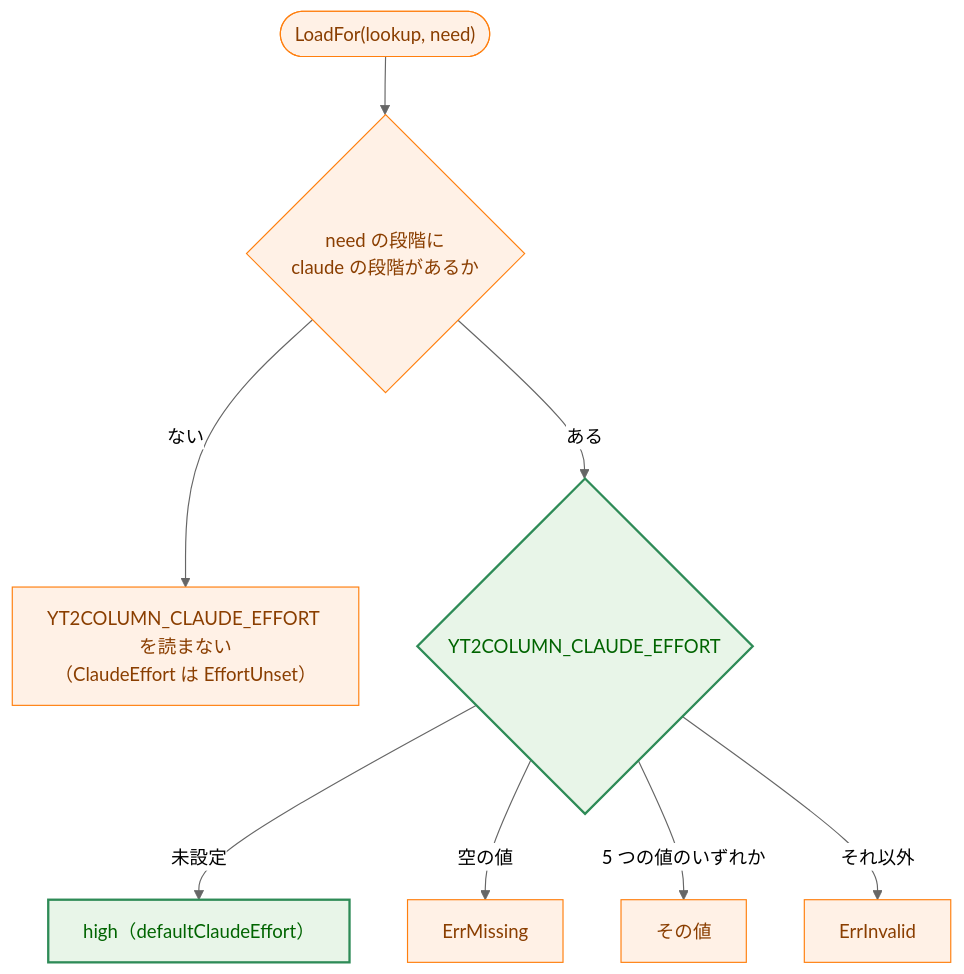
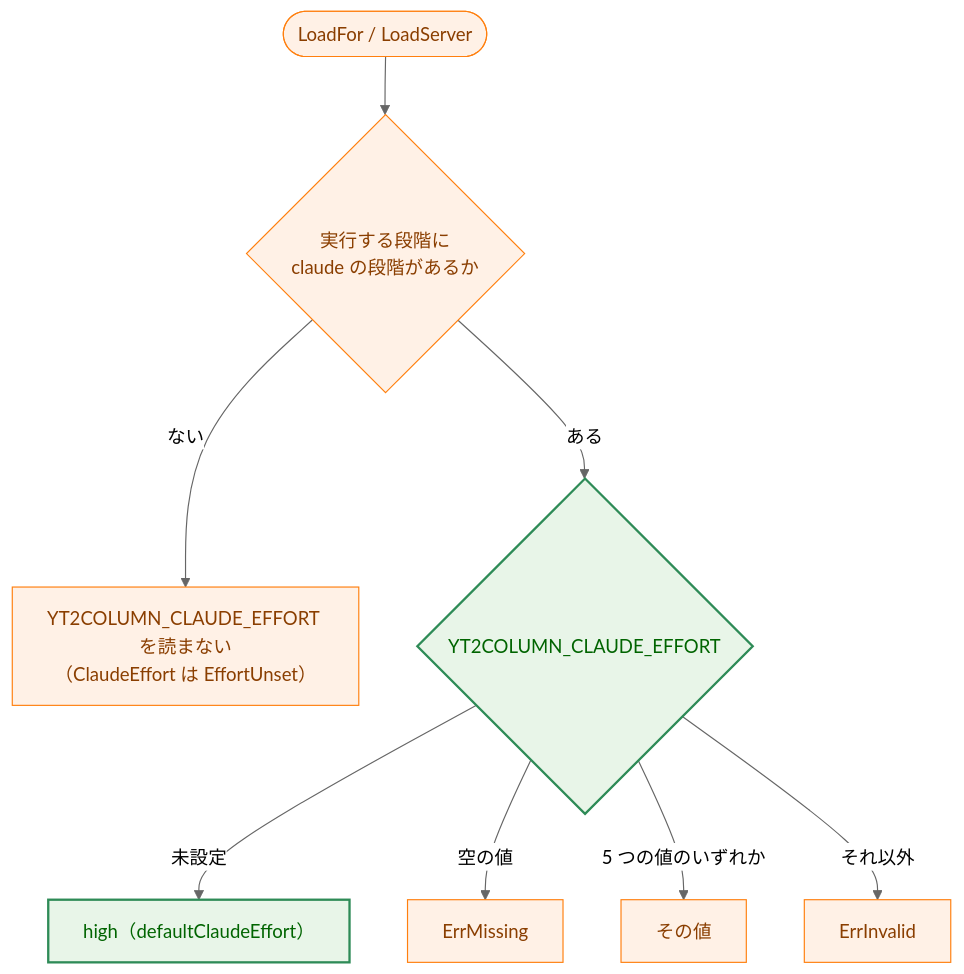
One commit to isseis/yt2column changed the eighth of 9 diagrams in docs/tasks/0041_claude_effort_max_tokens/02_architecture.md. Above: the diagram before and after it, drawn with Mermaid (neutral theme). The commit also changed other lines of this file, not shown here.

First line of the commit message:
docs(0041): address the architecture panel review

````diff
--- a/docs/tasks/0041_claude_effort_max_tokens/02_architecture.md
+++ b/docs/tasks/0041_claude_effort_max_tokens/02_architecture.md
@@ -405,16 +466,16 @@
 ```mermaid
 flowchart TD
     classDef process fill:#fff1e6,stroke:#ff7f0e,stroke-width:1px,color:#8a3e00;
     classDef enhanced fill:#e8f5e8,stroke:#2e8b57,stroke-width:2px,color:#006400;
 
-    S(["LoadFor(lookup, need)"]) --> Q1{"need の段階に<br>claude の段階があるか"}
+    S(["LoadFor / LoadServer"]) --> Q1{"実行する段階に<br>claude の段階があるか"}
     Q1 -->|"ない"| N["YT2COLUMN_CLAUDE_EFFORT を読まない<br>（ClaudeEffort は EffortUnset）"]
     Q1 -->|"ある"| Q2{"YT2COLUMN_CLAUDE_EFFORT"}
-    Q2 -->|"未設定"| D["high（defaultClaudeEffort）"]
-    Q2 -->|"空の値"| M["ErrMissing"]
-    Q2 -->|"5 つの値のいずれか"| V["その値"]
-    Q2 -->|"それ以外"| I["ErrInvalid"]
+    Q2 -->|"未設定"| DFLT["high（defaultClaudeEffort）"]
+    Q2 -->|"空の値"| MISS["ErrMissing"]
+    Q2 -->|"5 つの値のいずれか"| VAL["その値"]
+    Q2 -->|"それ以外"| INV["ErrInvalid"]
 
-    class S,Q1,N,M,V,I process
-    class Q2,D enhanced
+    class S,Q1,N,MISS,VAL,INV process
+    class Q2,DFLT enhanced
 ```
````
